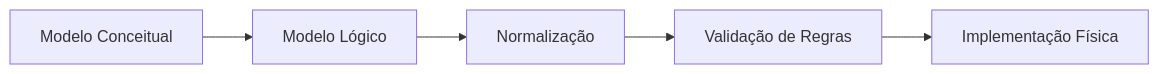
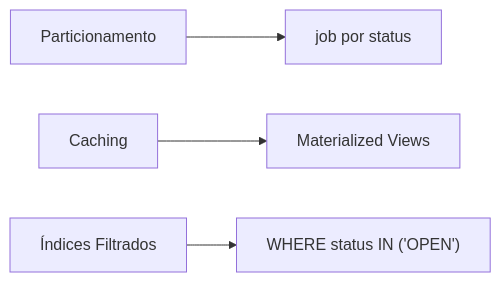
One commit to anandamatos/job-search changed the second of 7 diagrams in desafio_remodelado.md. Above: the diagram before and after it, drawn with Mermaid. The commit also changed other lines of this file, not shown here.

````diff
--- a/desafio_remodelado.md
+++ b/desafio_remodelado.md
@@ -309,7 +96,6 @@
 ```mermaid
 flowchart LR
-    A[Modelo Conceitual] --> B[Modelo Lógico]
-    B --> C[Normalização]
-    C --> D[Validação de Regras]
-    D --> E[Implementação Física]
-``` 
+    A[Particionamento] --> B[job por status]
+    C[Caching] --> D[Materialized Views]
+    E[Índices Filtrados] --> F["WHERE status IN ('OPEN')"]
+```
````
